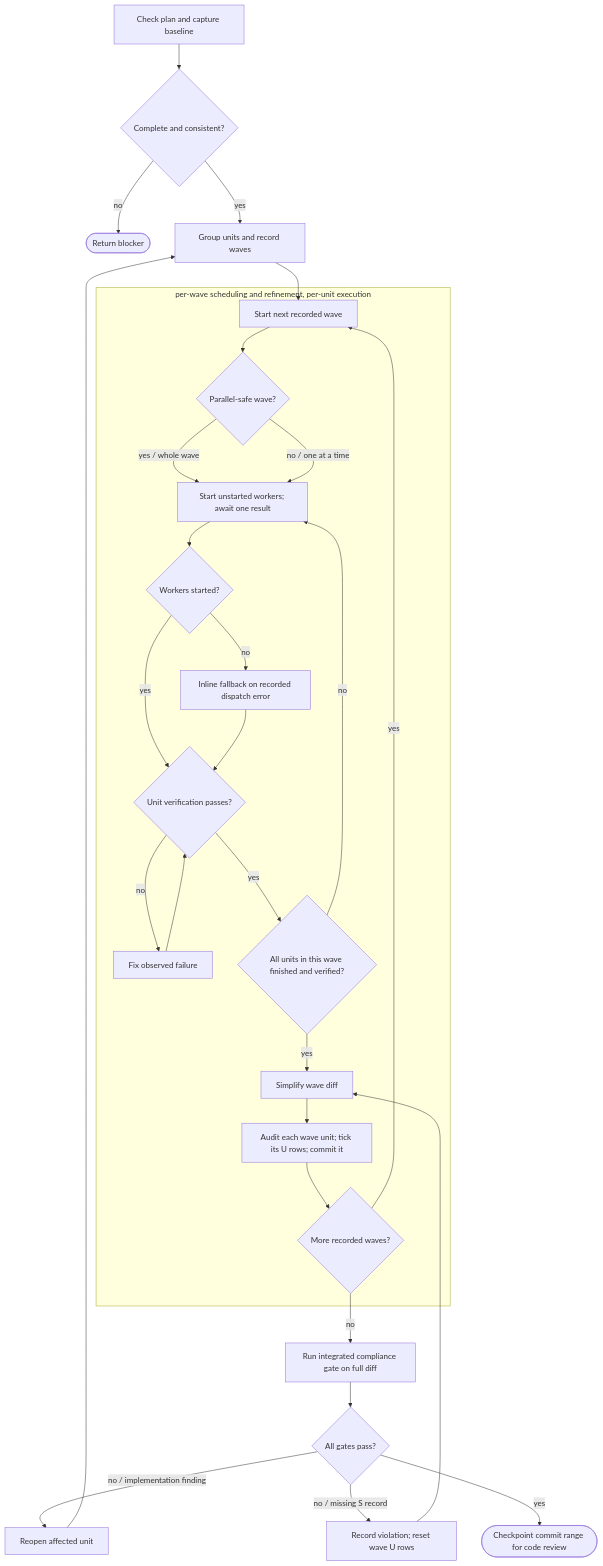
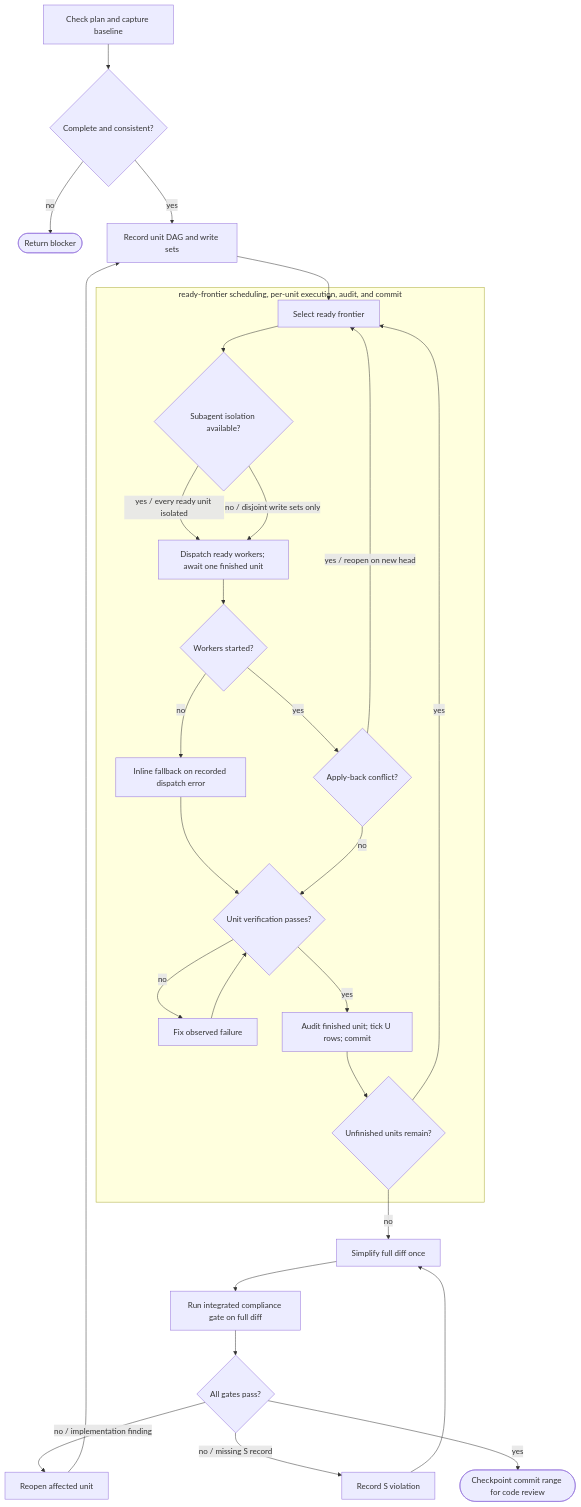
Before and after one commit to waynejing995/wayne-taste: the diagram in wayne-work/SKILL.md, drawn with Mermaid. The commit also changed other lines of this file and 6 other files, not shown here.

First line of the commit message:
feat:/wayne-work - ready-frontier DAG scheduling replaces waves

````diff
--- a/wayne-work/SKILL.md
+++ b/wayne-work/SKILL.md
@@ -20,53 +18,54 @@
 ```mermaid
 flowchart TB
     A["Check plan and capture baseline"]
     B{"Complete and consistent?"}
     X(["Return blocker"])
-    C["Group units and record waves"]
+    C["Record unit DAG and write sets"]
 
-    subgraph cluster_unit["per-wave scheduling and refinement, per-unit execution"]
-        D["Start next recorded wave"]
-        E{"Parallel-safe wave?"}
-        R["Start unstarted workers; await one result"]
+    subgraph cluster_unit["ready-frontier scheduling, per-unit execution, audit, and commit"]
+        D["Select ready frontier"]
+        E{"Subagent isolation available?"}
+        R["Dispatch ready workers; await one finished unit"]
         P{"Workers started?"}
         F["Inline fallback on recorded dispatch error"]
+        N{"Apply-back conflict?"}
         G{"Unit verification passes?"}
         T["Fix observed failure"]
-        W{"All units in this wave finished and verified?"}
-        S["Simplify wave diff"]
-        H["Audit each wave unit; tick its U rows; commit it"]
-        I{"More recorded waves?"}
+        H["Audit finished unit; tick U rows; commit"]
+        I{"Unfinished units remain?"}
     end
 
+    S["Simplify full diff once"]
     J["Run integrated compliance gate on full diff"]
     K{"All gates pass?"}
     M["Reopen affected unit"]
+    V["Record S violation"]
     L(["Checkpoint commit range for code review"])
 
     A --> B
     B -->|"no"| X
     B -->|"yes"| C
     C --> D
     D --> E
-    E -->|"yes / whole wave"| R
-    E -->|"no / one at a time"| R
+    E -->|"yes / every ready unit isolated"| R
+    E -->|"no / disjoint write sets only"| R
     R --> P
-    P -->|"yes"| G
+    P -->|"yes"| N
     P -->|"no"| F
     F --> G
+    N -->|"yes / reopen on new head"| D
+    N -->|"no"| G
     G -->|"no"| T
     T --> G
-    G -->|"yes"| W
-    W -->|"no"| R
-    W -->|"yes"| S
-    S --> H
+    G -->|"yes"| H
     H --> I
     I -->|"yes"| D
-    I -->|"no"| J
+    I -->|"no"| S
+    S --> J
     J --> K
     K -->|"no / implementation finding"| M
     M --> C
-    K -->|"no / missing S record"| V["Record violation; reset wave U rows"]
+    K -->|"no / missing S record"| V
     V --> S
     K -->|"yes"| L
 ```
````
